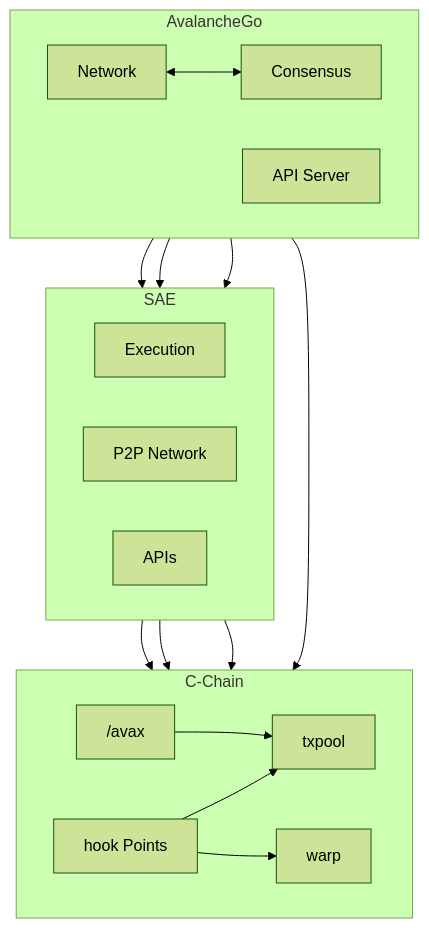
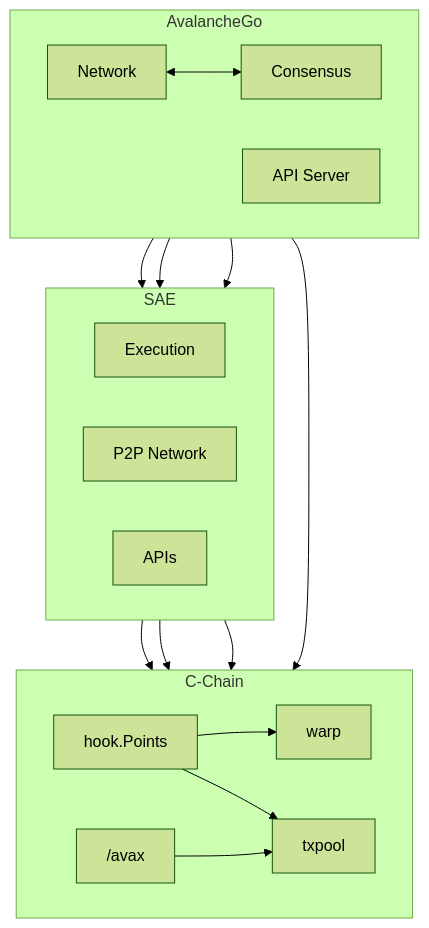
Before and after one commit to ava-labs/avalanchego: the first of 4 diagrams in vms/saevm/cchain/README.md, drawn with Mermaid (forest theme).

````diff
--- a/vms/saevm/cchain/README.md
+++ b/vms/saevm/cchain/README.md
@@ -9,41 +9,40 @@
 ```mermaid
 flowchart TB
     subgraph avago["AvalancheGo"]
         direction LR
         consensus["Consensus"]
         network["Network"]
         apiserver["API Server"]
         network <--> consensus
     end
 
     subgraph sae["SAE"]
         direction LR
         execution["Execution"]
         p2pn["P2P Network"]
         apis_sae["APIs"]
     end
 
     subgraph cchain["C-Chain"]
         direction LR
-        hook["hook Points"]
+        hook["hook.Points"]
         warp["warp"]
         txpool["txpool"]
         avax["/avax"]
     end
 
     network --> p2pn
     consensus --> execution
     apiserver --> apis_sae
     apiserver --> avax
 
     execution --> hook
 
 
-    hook --> txpool
-
-    p2pn --> txpool
-
     hook --> warp
     p2pn --> warp
+
+    hook --> txpool
+    p2pn --> txpool
     avax --> txpool
 ```
````
